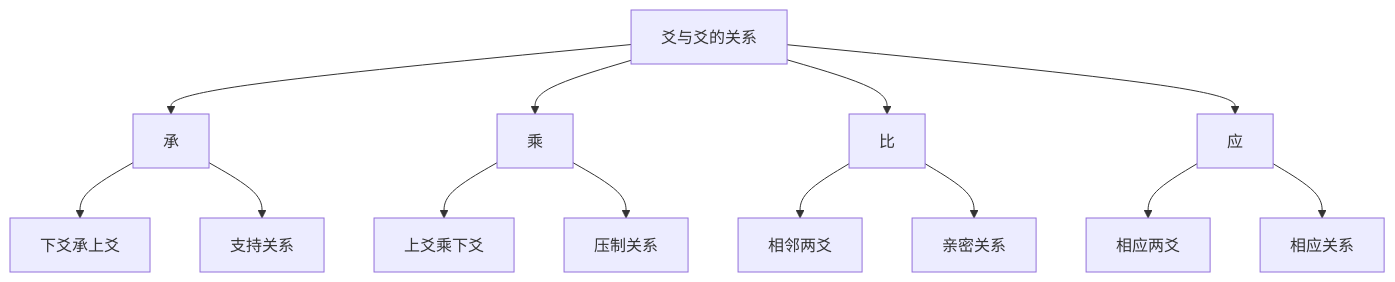
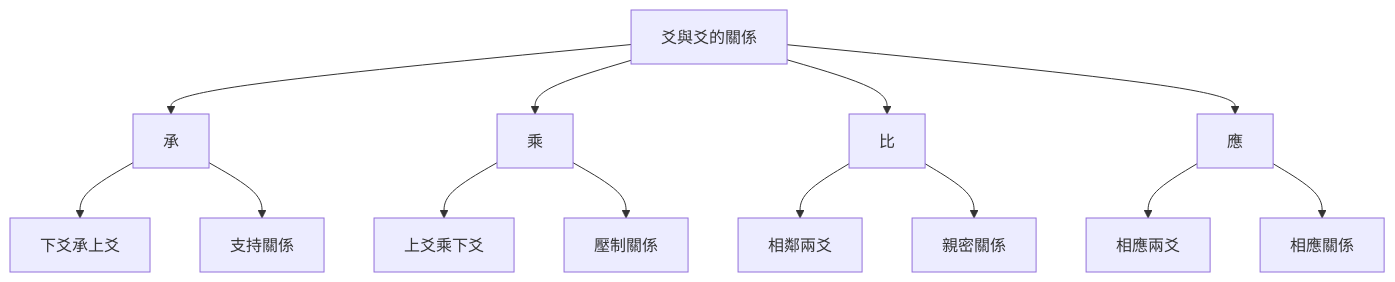
One commit to kmjade/knowledge-value changed the second of 2 diagrams in 3 Resources/04-Interests/易学/02-易经核心/卦辞爻辞解读.md. Above: the diagram before and after it, drawn with Mermaid. The commit also changed other lines of this file and 49 other files, not shown here.

````diff
--- a/3 Resources/04-Interests/易学/02-易经核心/卦辞爻辞解读.md
+++ b/3 Resources/04-Interests/易学/02-易经核心/卦辞爻辞解读.md
@@ -85,19 +85,19 @@
 ```mermaid
 graph TB
-    A[爻与爻的关系] --> B[承]
+    A[爻與爻的關係] --> B[承]
     A --> C[乘]
     A --> D[比]
-    A --> E[应]
+    A --> E[應]
     
     B --> B1[下爻承上爻]
-    B --> B2[支持关系]
+    B --> B2[支持關係]
     
     C --> C1[上爻乘下爻]
-    C --> C2[压制关系]
+    C --> C2[壓制關係]
     
-    D --> D1[相邻两爻]
-    D --> D2[亲密关系]
+    D --> D1[相鄰兩爻]
+    D --> D2[親密關係]
     
-    E --> E1[相应两爻]
-    E --> E2[相应关系]
+    E --> E1[相應兩爻]
+    E --> E2[相應關係]
 ```
````
